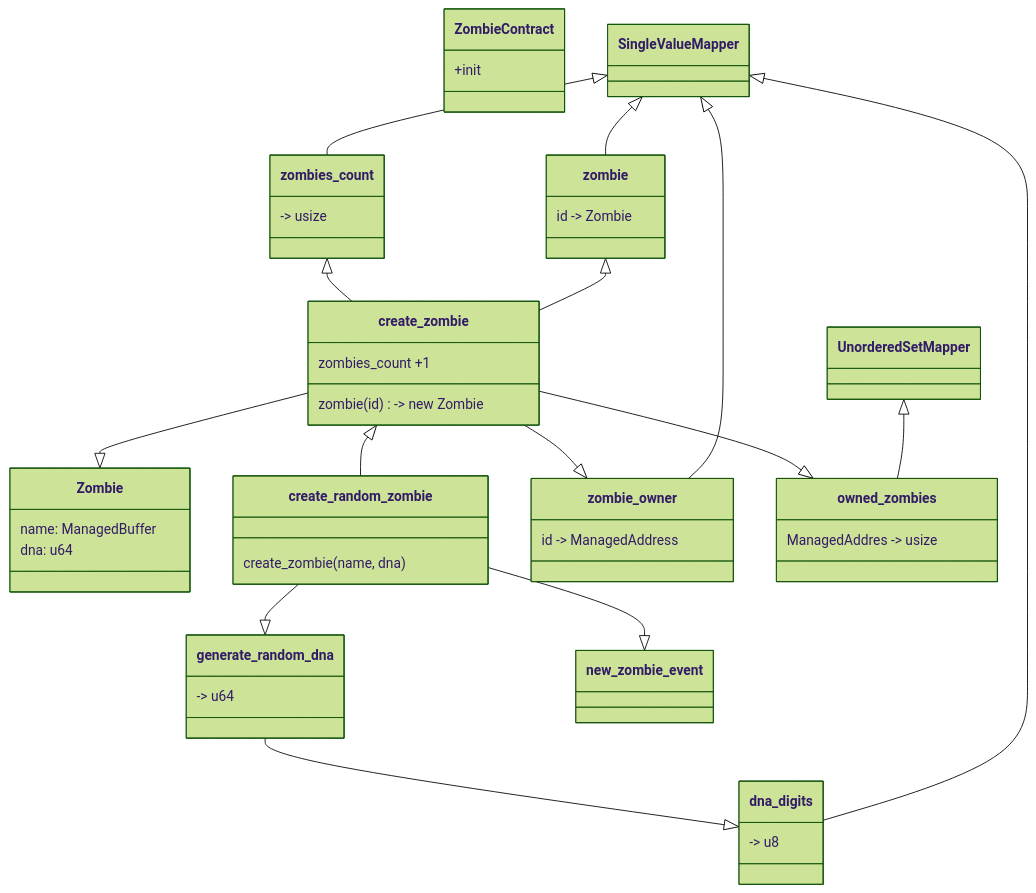
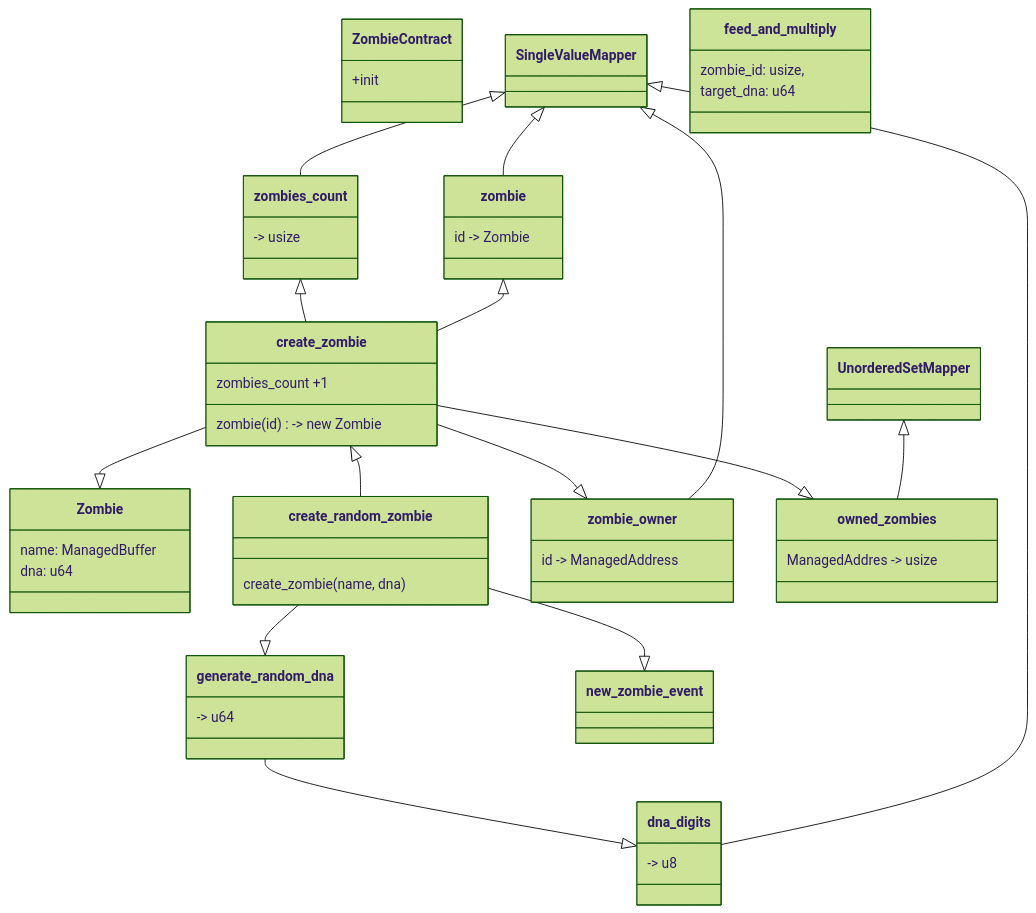
The diagram in README.md (andreireanu/cryptozombies), drawn with Mermaid (forest theme) before and after one commit. The commit also changed 4 other files, not shown here.

````diff
--- a/README.md
+++ b/README.md
@@ -7,55 +7,58 @@
 ```mermaid
 classDiagram
     class ZombieContract{
         +init 
     }
     class SingleValueMapper
     SingleValueMapper <|-- dna_digits
     class dna_digits {
         -> u8
     }
     SingleValueMapper <|-- zombies_count
     class zombies_count {
         -> usize
     }
     SingleValueMapper <|-- zombie
     class zombie {
         id ->        Zombie
     }
     class Zombie {
         name: ManagedBuffer
         dna: u64
     }
     create_zombie --|> Zombie  
     class create_zombie {
         zombie(id) -> new Zombie
         zombies_count +1
     }
     zombie <|-- create_zombie  
     zombies_count  <|-- create_zombie 
     class generate_random_dna{
         -> u64
     }
     class create_random_zombie {
         create_zombie(name, dna)
      }
     create_random_zombie --|> generate_random_dna 
     create_zombie <|-- create_random_zombie
     generate_random_dna --|> dna_digits
     class new_zombie_event {
     }
     create_random_zombie --|> new_zombie_event
     class zombie_owner{
         id -> ManagedAddress    
     }
     SingleValueMapper <|-- zombie_owner
     class UnorderedSetMapper{
     }
     class owned_zombies{
         ManagedAddres -> usize
     }
     UnorderedSetMapper <|-- owned_zombies
     create_zombie --|> zombie_owner 
     create_zombie --|> owned_zombies 
-    
+    class feed_and_multiply { 
+        zombie_id: usize, 
+        target_dna: u64
+    }
 ```
````
